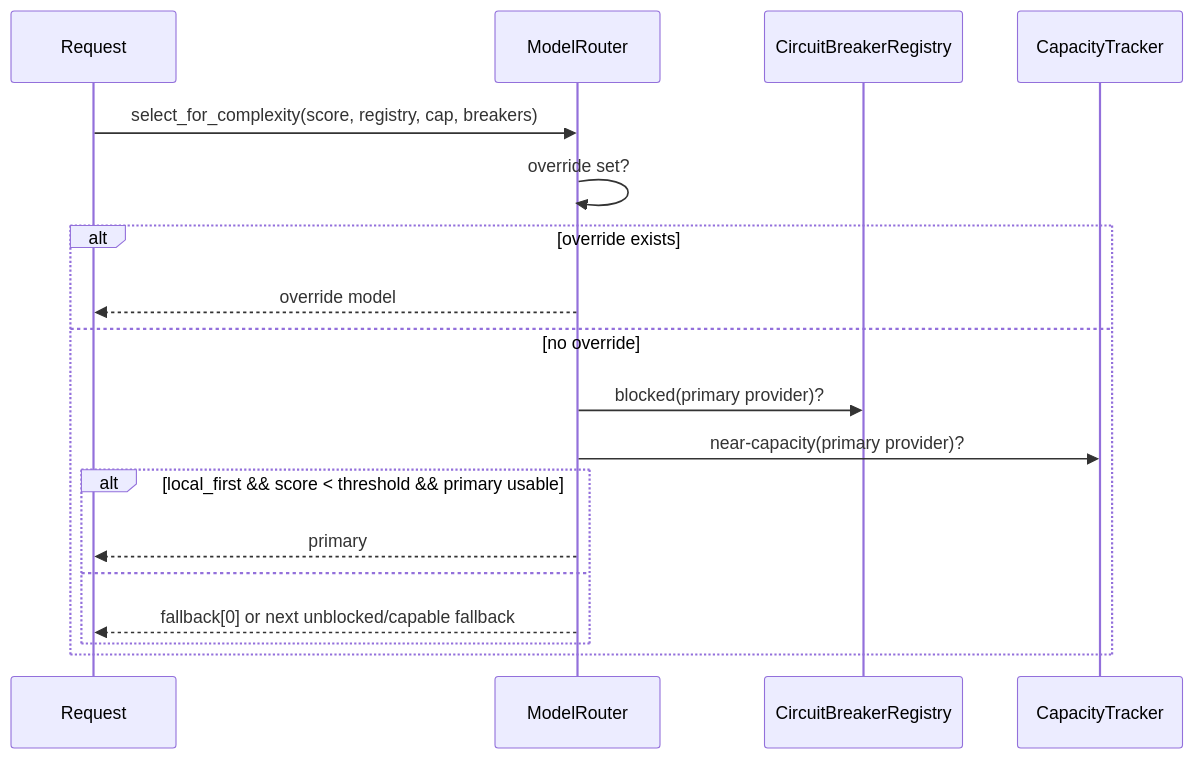
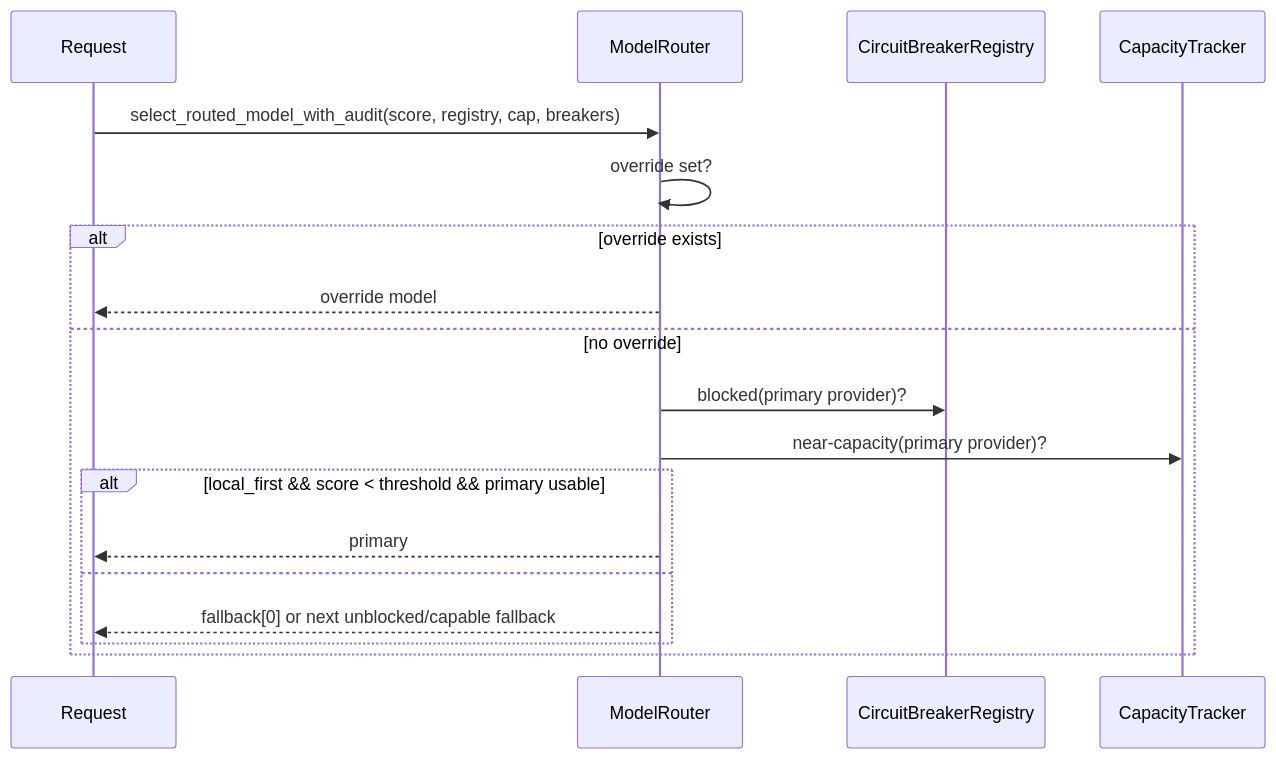
One commit to robot-accomplice/ironclad changed the second of 4 diagrams in docs/architecture/router-audit.md. Above: the diagram before and after it, drawn with Mermaid. The commit also changed other lines of this file and 3 other files, not shown here.

First line of the commit message:
docs: update architecture docs for unified pipeline architecture

````diff
--- a/docs/architecture/router-audit.md
+++ b/docs/architecture/router-audit.md
@@ -43,21 +45,21 @@
 ```mermaid
 sequenceDiagram
   participant Req as Request
   participant Rt as ModelRouter
   participant Br as CircuitBreakerRegistry
   participant Cap as CapacityTracker
 
-  Req->>Rt: select_for_complexity(score, registry, cap, breakers)
+  Req->>Rt: select_routed_model_with_audit(score, registry, cap, breakers)
   Rt->>Rt: override set?
   alt override exists
     Rt-->>Req: override model
   else no override
     Rt->>Br: blocked(primary provider)?
     Rt->>Cap: near-capacity(primary provider)?
     alt local_first && score < threshold && primary usable
       Rt-->>Req: primary
     else
       Rt-->>Req: fallback[0] or next unblocked/capable fallback
     end
   end
 ```
````
